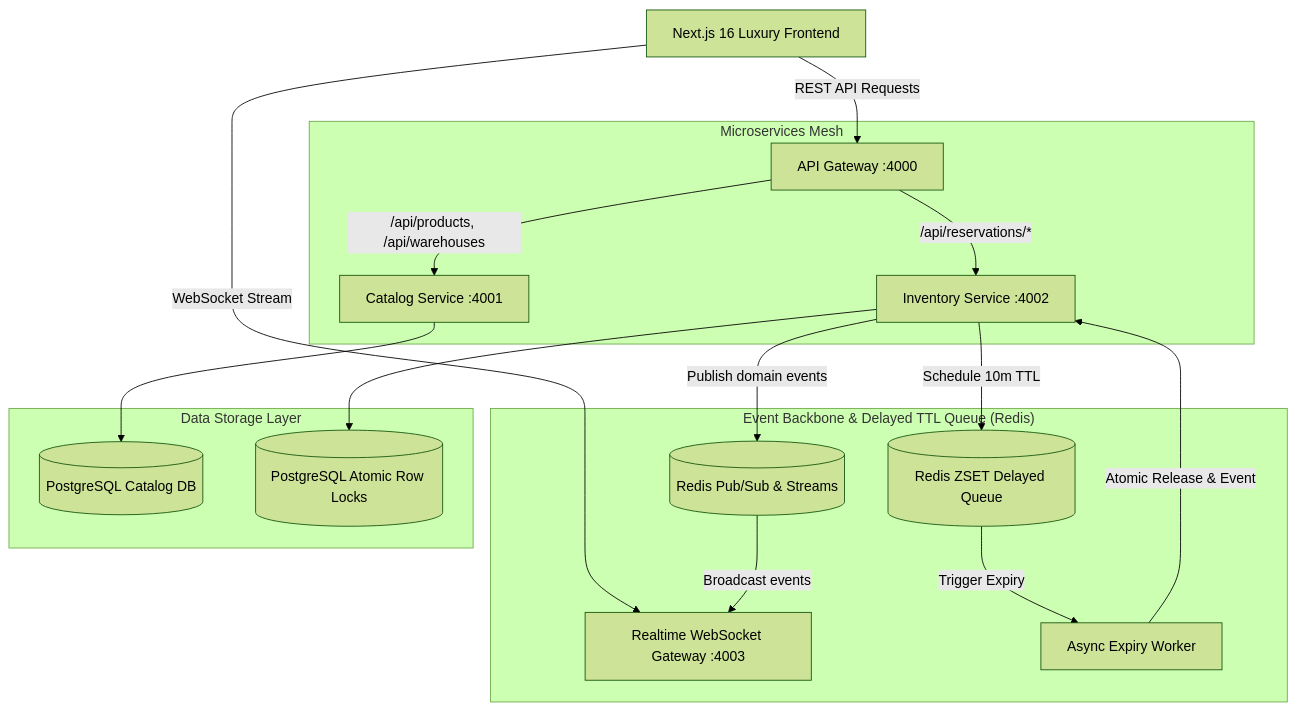
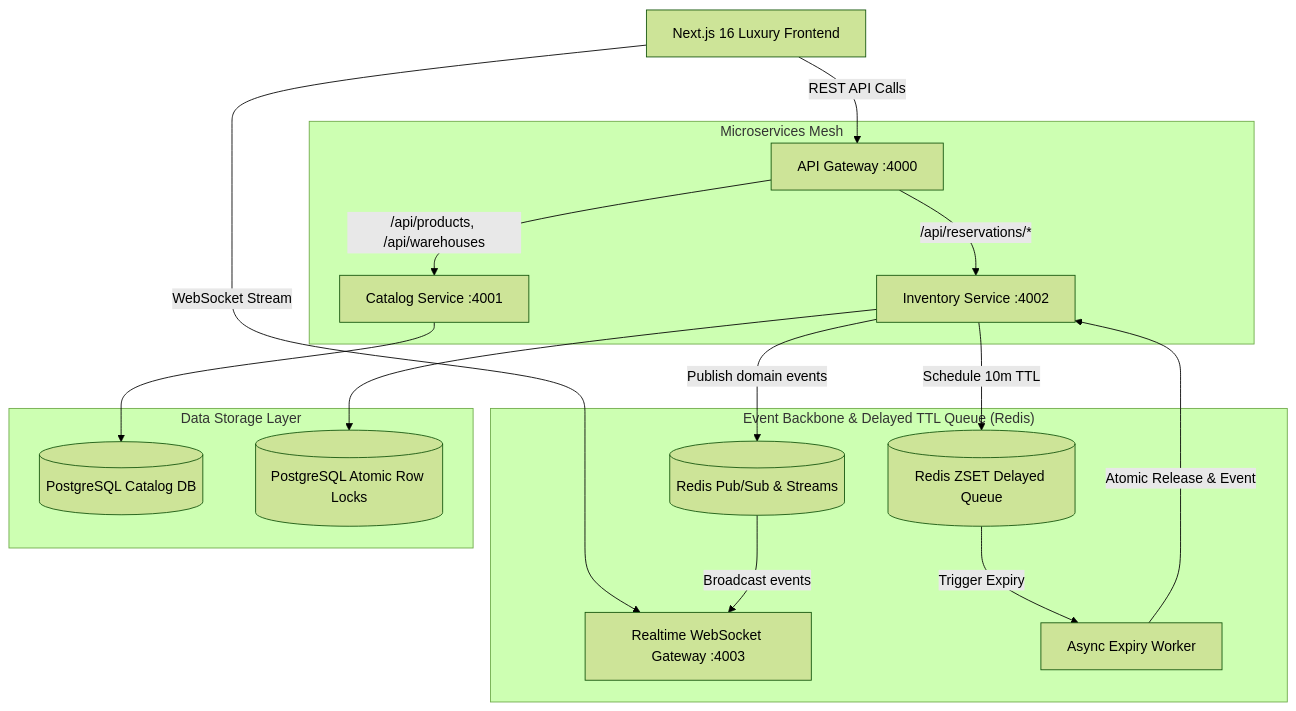
Before and after one commit to Yogx09/stockpulse: the first of 2 diagrams in README.md, drawn with Mermaid (forest theme). The commit also changed other lines of this file and 5 other files, not shown here.

Commit message:
Update README and DOCUMENTATION with actual live website screenshots, architecture diagrams, and system specs in structured order

````diff
--- a/README.md
+++ b/README.md
@@ -47,23 +28,23 @@
 ```mermaid
 graph TD
-    Client[Next.js 16 Luxury Frontend] -->|REST API Requests| Gateway[API Gateway :4000]
+    Client[Next.js 16 Luxury Frontend] -->|REST API Calls| Gateway[API Gateway :4000]
     Client -->|WebSocket Stream| RealtimeSvc[Realtime WebSocket Gateway :4003]
 
     subgraph "Microservices Mesh"
         Gateway -->|/api/products, /api/warehouses| CatalogSvc[Catalog Service :4001]
         Gateway -->|/api/reservations/*| InventorySvc[Inventory Service :4002]
     end
 
     subgraph "Event Backbone & Delayed TTL Queue (Redis)"
         InventorySvc -->|Publish domain events| RedisBus[(Redis Pub/Sub & Streams)]
         InventorySvc -->|Schedule 10m TTL| RedisZSet[(Redis ZSET Delayed Queue)]
         RedisZSet -->|Trigger Expiry| ExpiryWorker[Async Expiry Worker]
         ExpiryWorker -->|Atomic Release & Event| InventorySvc
         RedisBus -->|Broadcast events| RealtimeSvc
     end
 
     subgraph "Data Storage Layer"
         CatalogSvc --> PostgresCatalog[(PostgreSQL Catalog DB)]
         InventorySvc --> PostgresInventory[(PostgreSQL Atomic Row Locks)]
     end
 ```
````
